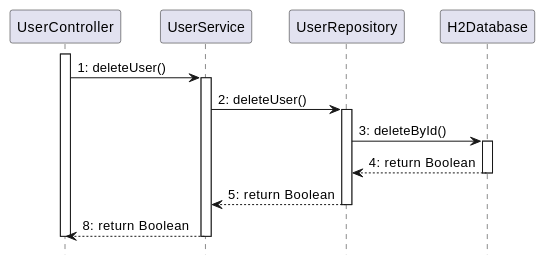
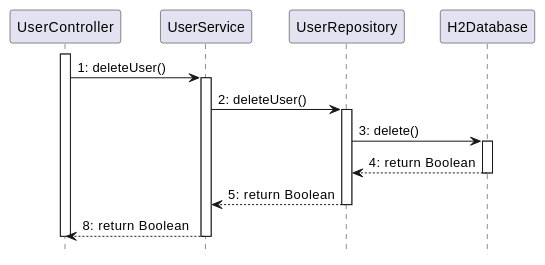
The seventh of 14 diagrams in docs/DesignDocument.md (SE2-group4/SE1-project), drawn with PlantUML before and after one commit. The commit also changed other lines of this file, not shown here.

````diff
--- a/docs/DesignDocument.md
+++ b/docs/DesignDocument.md
@@ -555,30 +565,30 @@
 ```plantuml
 @startuml
 hide footbox
 skinparam shadowing false
 
 participant UserController as UC
 participant UserService as US
 participant UserRepository as UR
 participant H2Database as H2
 
 activate UC
 UC -> US: 1: deleteUser()
 activate US
 
 US -> UR: 2: deleteUser()
 activate UR
 
-UR -> H2: 3: deleteById()
+UR -> H2: 3: delete()
 
 activate H2
 H2 --> UR: 4: return Boolean
 deactivate H2
 
 UR --> US: 5: return Boolean
 deactivate UR
 US --> UC: 8: return Boolean
 deactivate US
 deactivate UC
 @enduml
 ```
````
